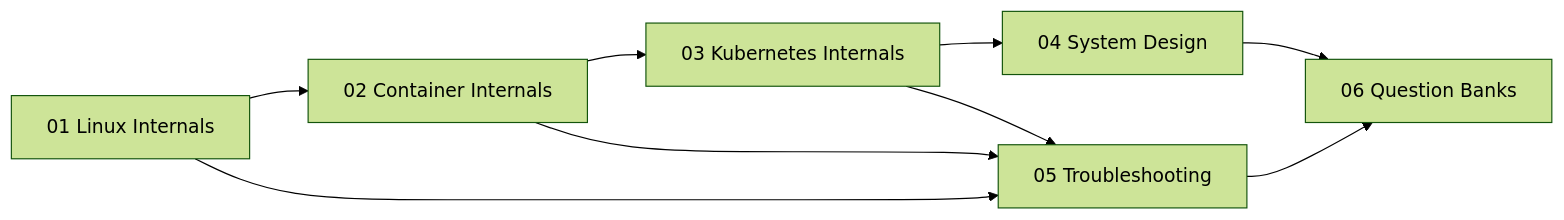
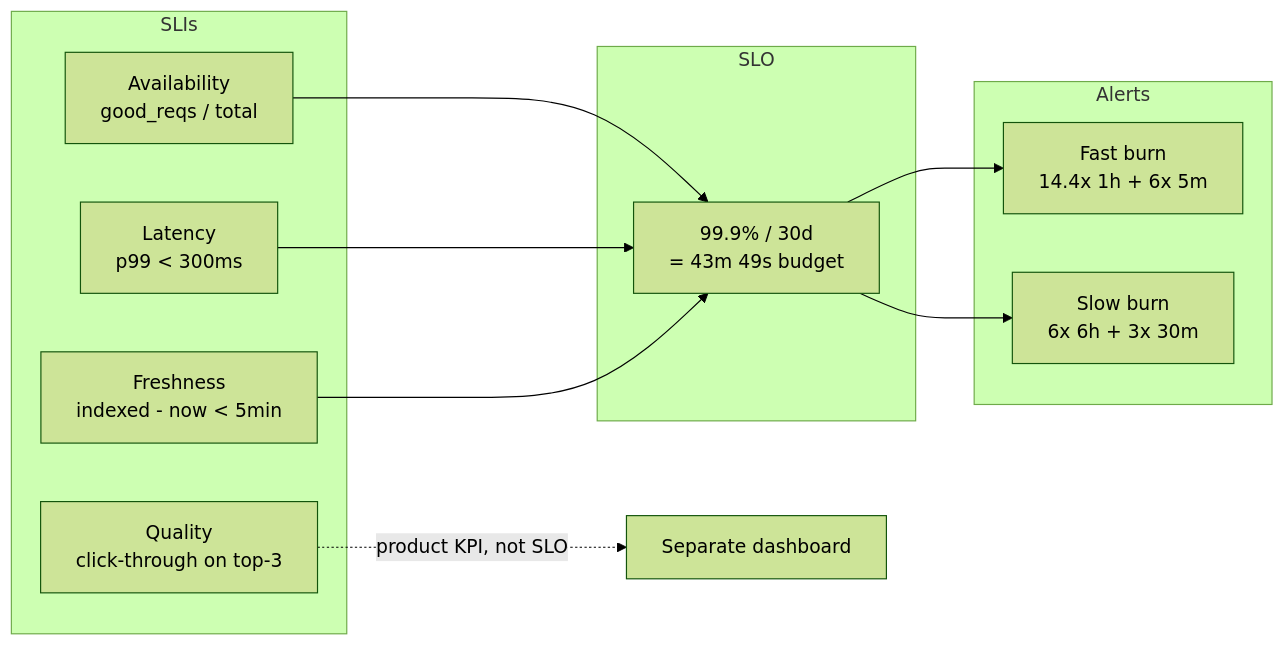
Before and after one commit to srinivaskona7/devops-learning: the fourth of 10 diagrams in 09-interview-prep/README.md, drawn with Mermaid (forest theme). The commit also changed other lines of this file and 222 other files, not shown here.

````diff
--- a/09-interview-prep/README.md
+++ b/09-interview-prep/README.md
@@ -20,11 +501,22 @@
 ```mermaid
 flowchart LR
-    A[01 Linux Internals] --> B[02 Container Internals]
-    B --> C[03 Kubernetes Internals]
-    C --> D[04 System Design]
-    A --> E[05 Troubleshooting]
-    B --> E
-    C --> E
-    D --> F[06 Question Banks]
-    E --> F
+  subgraph SLIs
+    A[Availability<br/>good_reqs / total]
+    B[Latency<br/>p99 < 300ms]
+    C[Quality<br/>click-through on top-3]
+    D[Freshness<br/>indexed - now < 5min]
+  end
+  subgraph SLO
+    E[99.9% / 30d<br/>= 43m 49s budget]
+  end
+  subgraph Alerts
+    F[Fast burn<br/>14.4x 1h + 6x 5m]
+    G[Slow burn<br/>6x 6h + 3x 30m]
+  end
+  A --> E
+  B --> E
+  D --> E
+  C -.->|product KPI, not SLO| H[Separate dashboard]
+  E --> F
+  E --> G
 ```
````
